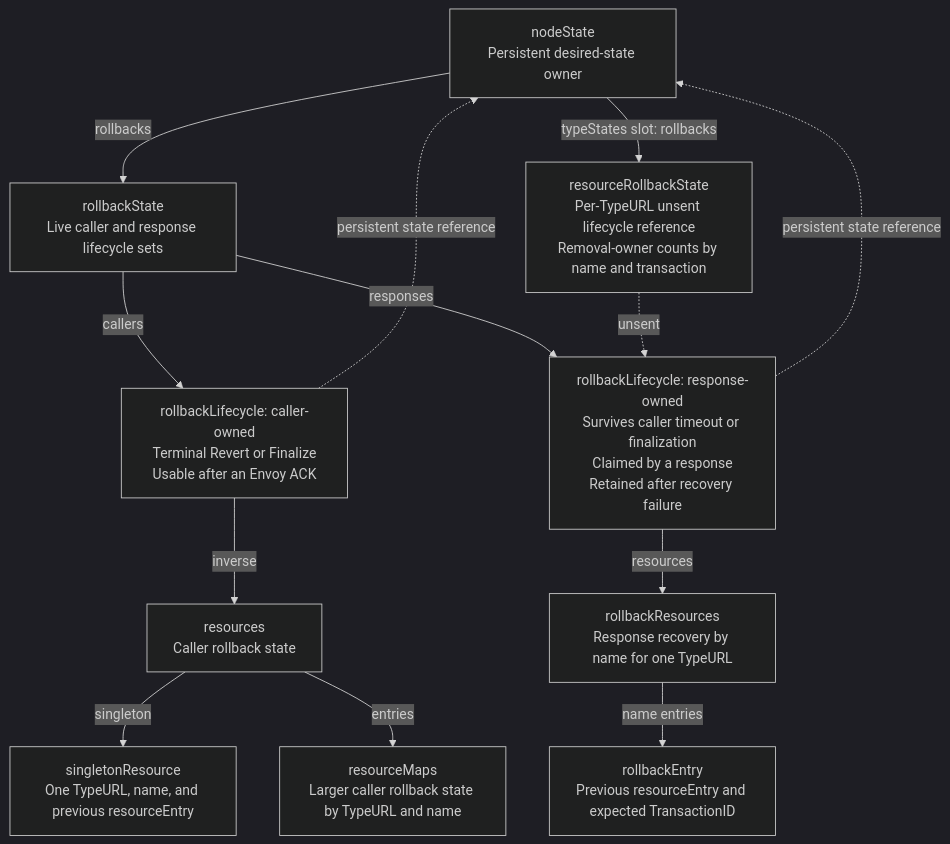
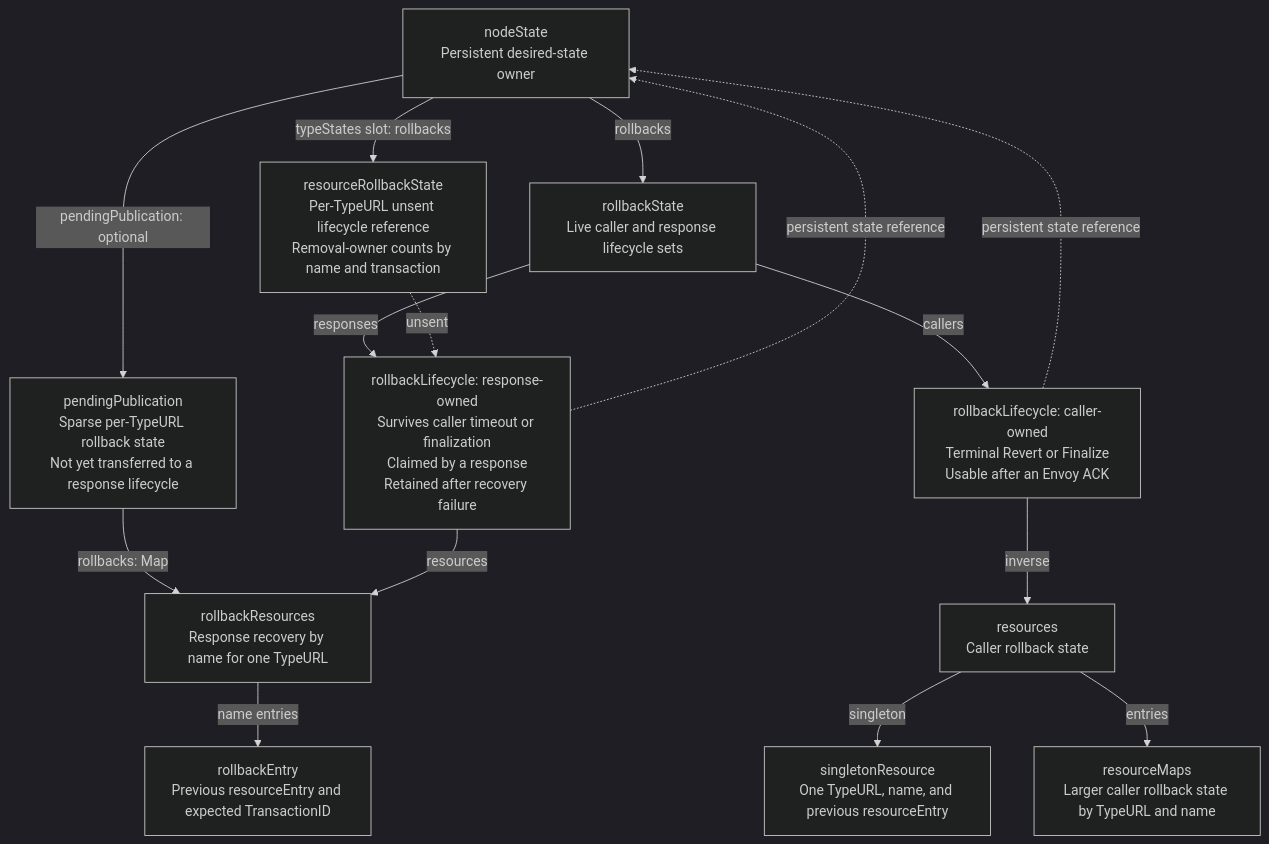
One commit to cilium/cilium changed the fourth of 4 diagrams in pkg/envoy/xdsnew/design.md. Above: the diagram before and after it, drawn with Mermaid (dark theme). The commit also changed other lines of this file and 17 other files, not shown here.

````diff
--- a/pkg/envoy/xdsnew/design.md
+++ b/pkg/envoy/xdsnew/design.md
@@ -352,26 +371,29 @@
 ```mermaid
 flowchart TD
     node["nodeState<br/>Persistent desired-state owner"]
     state["rollbackState<br/>Live caller and response lifecycle sets"]
     caller["rollbackLifecycle: caller-owned<br/>Terminal Revert or Finalize<br/>Usable after an Envoy ACK"]
     response["rollbackLifecycle: response-owned<br/>Survives caller timeout or finalization<br/>Claimed by a response<br/>Retained after recovery failure"]
     inverse["resources<br/>Caller rollback state"]
     singleton["singletonResource<br/>One TypeURL, name, and previous resourceEntry"]
     maps["resourceMaps<br/>Larger caller rollback state by TypeURL and name"]
     resources["rollbackResources<br/>Response recovery by name for one TypeURL"]
     entry["rollbackEntry<br/>Previous resourceEntry and expected TransactionID"]
     types["resourceRollbackState<br/>Per-TypeURL unsent lifecycle reference<br/>Removal-owner counts by name and transaction"]
+    pending["pendingPublication<br/>Sparse per-TypeURL rollback state<br/>Not yet transferred to a response lifecycle"]
 
+    node -->|pendingPublication: optional| pending
+    pending -->|rollbacks: Map| resources
     node -->|rollbacks| state
     state -->|callers| caller
     state -->|responses| response
     caller -.->|persistent state reference| node
     response -.->|persistent state reference| node
     caller -->|inverse| inverse
     inverse -->|singleton| singleton
     inverse -->|entries| maps
     response -->|resources| resources
     resources -->|name entries| entry
     node -->|typeStates slot: rollbacks| types
     types -.->|unsent| response
 ```
````
